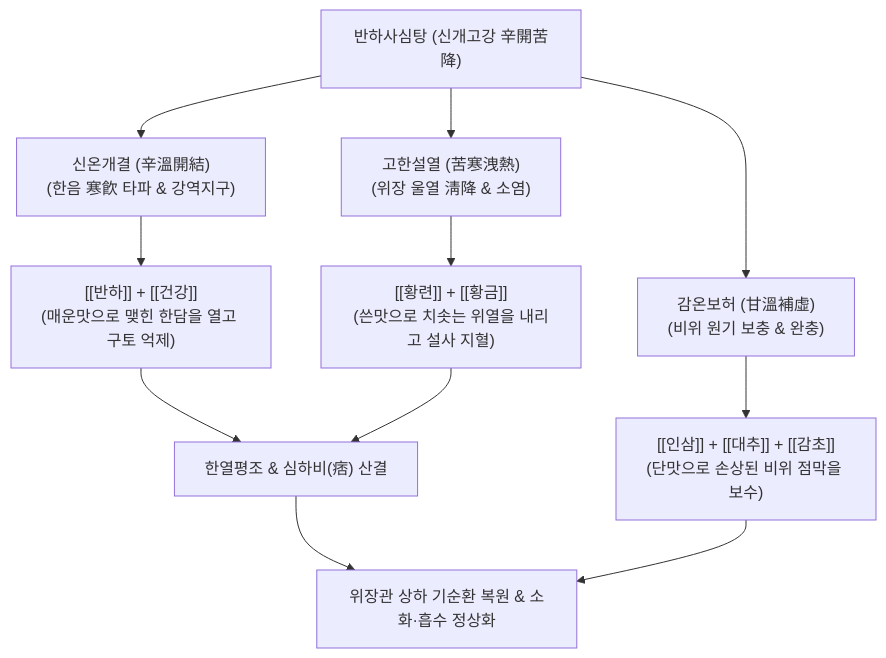
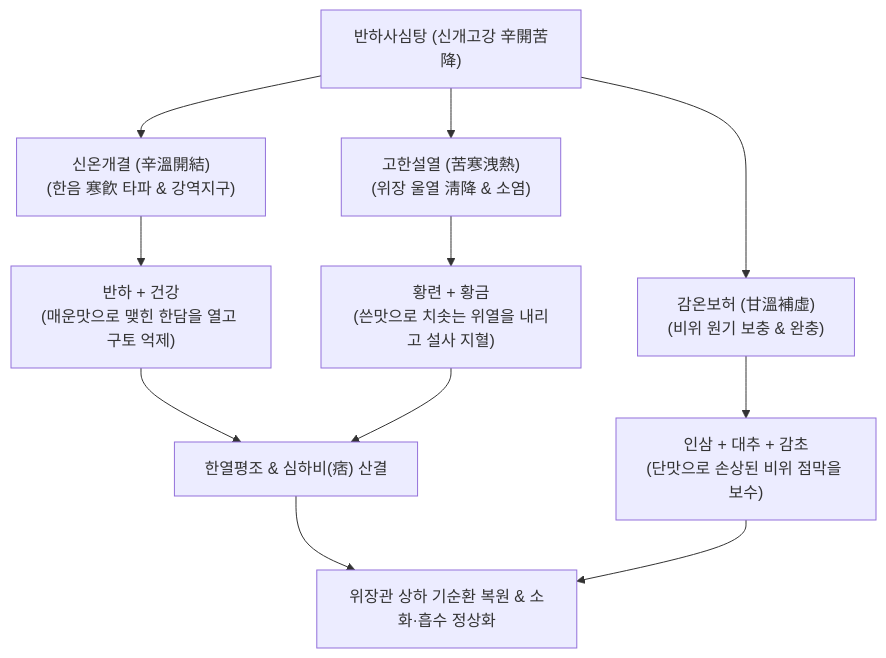
One commit to simbio11/simbio-digital-garden2 changed the diagram in content/2. 약리 공부/처방/04_이기·화해제/반하사심탕.md. Above: the diagram before and after it, drawn with Mermaid. The commit also changed other lines of this file and 122 other files, not shown here.

````diff
--- a/content/2. 약리 공부/처방/04_이기·화해제/반하사심탕.md
+++ b/content/2. 약리 공부/처방/04_이기·화해제/반하사심탕.md
@@ -62,13 +62,13 @@
 ```mermaid
 graph TD
     A["반하사심탕 (신개고강 辛開苦降)"] --> B["신온개결 (辛溫開結)<br/>(한음 寒飮 타파 & 강역지구)"]
     A --> C["고한설열 (苦寒洩熱)<br/>(위장 울열 淸降 & 소염)"]
     A --> D["감온보허 (甘溫補虛)<br/>(비위 원기 보충 & 완충)"]
 
-    B --> B1["[[반하]] + [[건강]]<br/>(매운맛으로 맺힌 한담을 열고 구토 억제)"]
-    C --> C1["[[황련]] + [[황금]]<br/>(쓴맛으로 치솟는 위열을 내리고 설사 지혈)"]
-    D --> D1["[[인삼]] + [[대추]] + [[감초]]<br/>(단맛으로 손상된 비위 점막을 보수)"]
+    B --> B1["반하 + 건강<br/>(매운맛으로 맺힌 한담을 열고 구토 억제)"]
+    C --> C1["황련 + 황금<br/>(쓴맛으로 치솟는 위열을 내리고 설사 지혈)"]
+    D --> D1["인삼 + 대추 + 감초<br/>(단맛으로 손상된 비위 점막을 보수)"]
 
     B1 & C1 --> BC["한열평조 & 심하비(痞) 산결"]
     BC & D1 --> AD["위장관 상하 기순환 복원 & 소화·흡수 정상화"]
 ```
````
